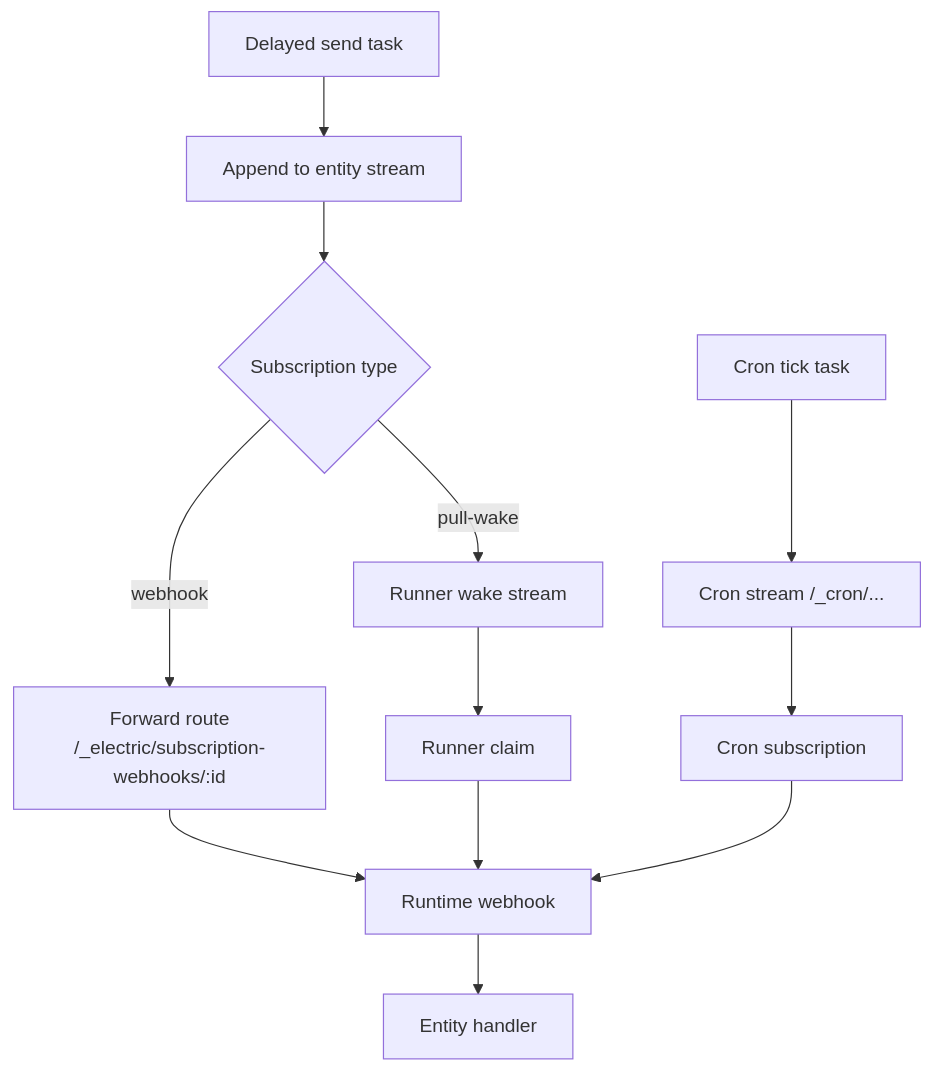
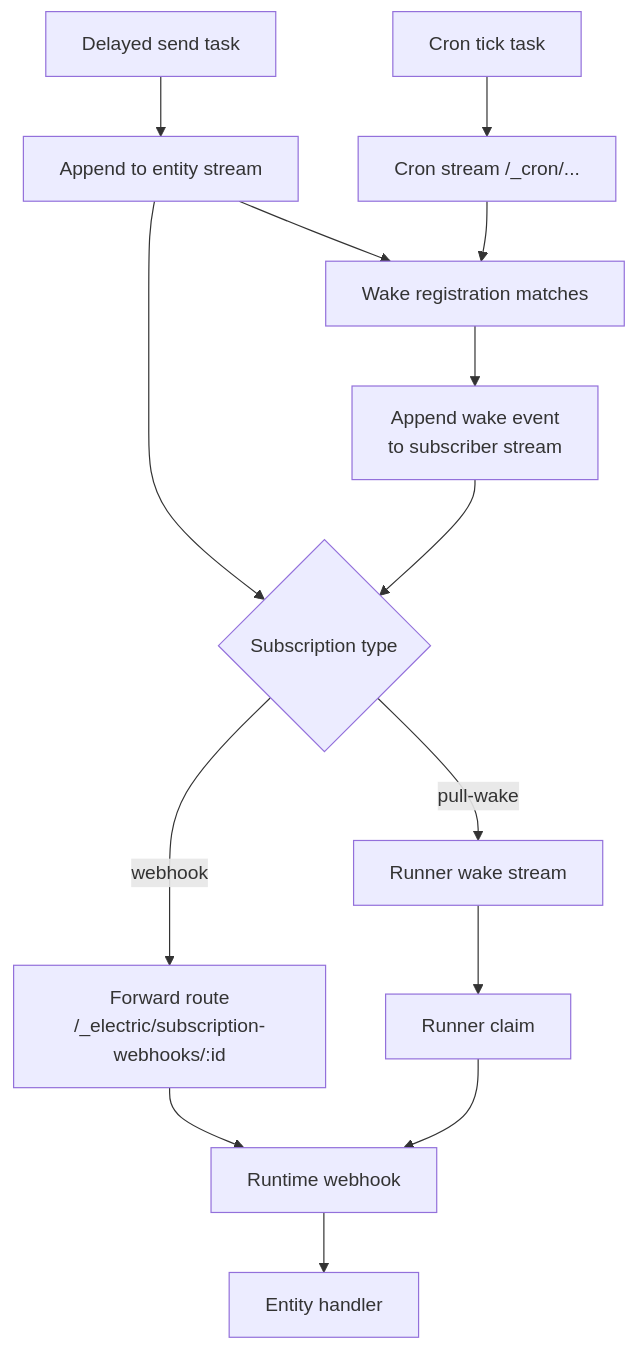
One commit to ewe-studios/explorations changed the first of 2 diagrams in src.durable-streams/src.electric/markdown/05-wake-dispatch-and-entity-lifecycle.md. Above: the diagram before and after it, drawn with Mermaid. The commit also changed other lines of this file and 112 other files, not shown here.

````diff
--- a/src.durable-streams/src.electric/markdown/05-wake-dispatch-and-entity-lifecycle.md
+++ b/src.durable-streams/src.electric/markdown/05-wake-dispatch-and-entity-lifecycle.md
@@ -18,14 +21,16 @@
 ```mermaid
 flowchart TD
     APP["Append to entity stream"] --> SUB{"Subscription type"}
+    APP --> COND["Wake registration matches"]
     SUB -->|webhook| FW["Forward route<br/>/_electric/subscription-webhooks/:id"]
     FW --> RT["Runtime webhook"]
     SUB -->|pull-wake| WS["Runner wake stream"]
     WS --> CLAIM["Runner claim"]
     CLAIM --> RT
     SEND["Delayed send task"] --> APP
     CRON["Cron tick task"] --> CS["Cron stream /_cron/..."]
-    CS --> SUB2["Cron subscription"]
-    SUB2 --> RT
+    CS --> COND
+    COND --> WAPP["Append wake event<br/>to subscriber stream"]
+    WAPP --> SUB
     RT --> HANDLER["Entity handler"]
 ```
````
